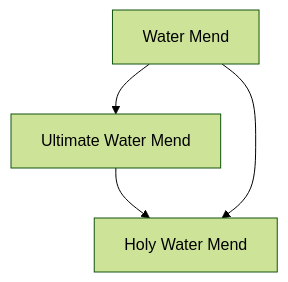
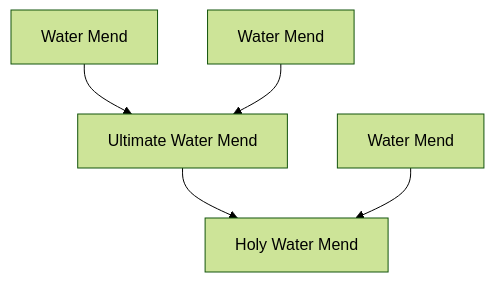
One commit to linkofdarkness/game-guides-and-utils changed the sixth of 20 diagrams in games/desktop-defender/Crafting.md. Above: the diagram before and after it, drawn with Mermaid (forest theme). The commit also changed other lines of this file and 2 other files, not shown here.

````diff
--- a/games/desktop-defender/Crafting.md
+++ b/games/desktop-defender/Crafting.md
@@ -208,9 +230,12 @@
 ```mermaid
 flowchart TD
-  water_mend["Water Mend"]
+  water_mend1["Water Mend"]
+  water_mend2["Water Mend"]
+  water_mend3["Water Mend"]
   ultimate_water_mend["Ultimate Water Mend"]
   holy_water_mend["Holy Water Mend"]
+  water_mend1 --> ultimate_water_mend
+  water_mend2 --> ultimate_water_mend
   ultimate_water_mend --> holy_water_mend
-  water_mend --> holy_water_mend
-  water_mend --> ultimate_water_mend
+  water_mend3 --> holy_water_mend
 ```
````
